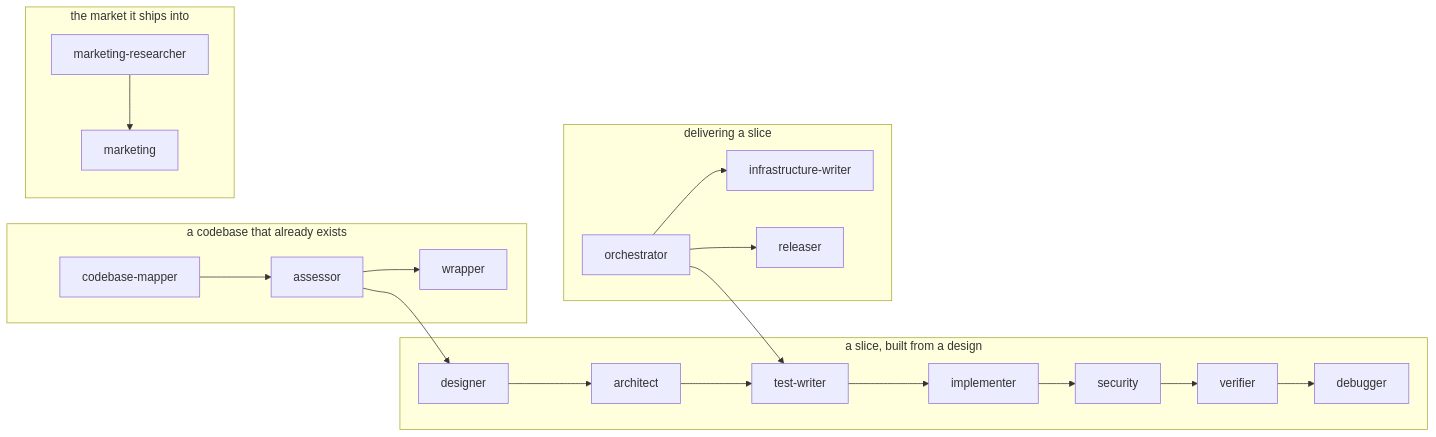
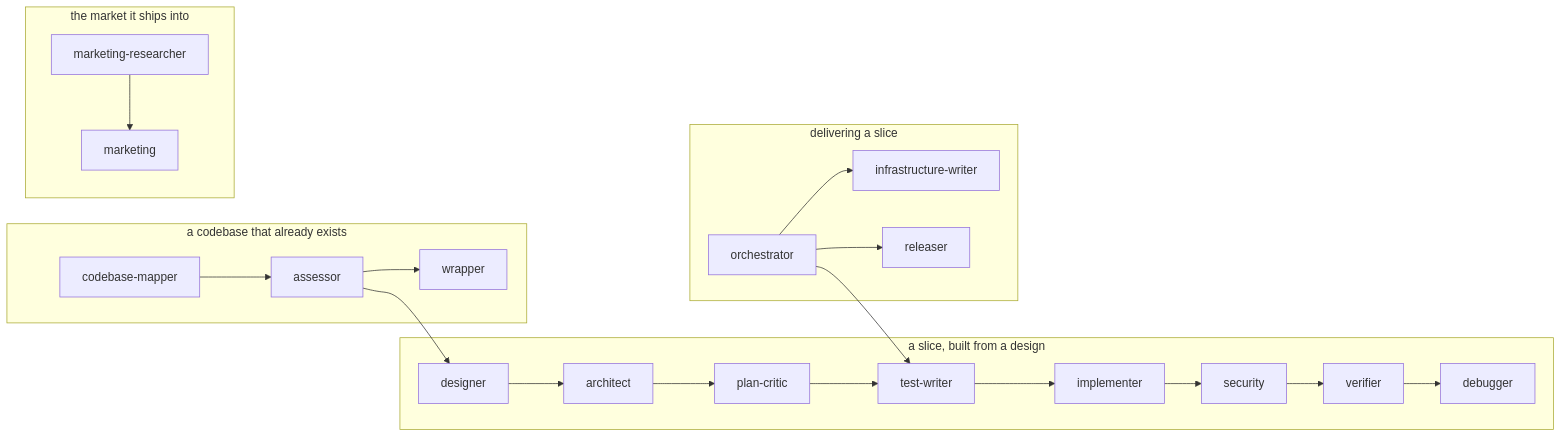
Before and after one commit to atlantic-blue/quay-crew: the third of 3 diagrams in docs/ROLES.md, drawn with Mermaid. The commit also changed other lines of this file and 10 other files, not shown here.

````diff
--- a/docs/ROLES.md
+++ b/docs/ROLES.md
@@ -300,18 +300,18 @@
 ```mermaid
 flowchart LR
     subgraph FRESH["a slice, built from a design"]
-        DESIGNER["designer"] --> ARCHITECT["architect"] --> TESTWRITER["test-writer"] --> IMPLEMENTER["implementer"] --> SECURITY["security"] --> VERIFIER["verifier"] --> DEBUGGER["debugger"]
+        DESIGNER["designer"] --> ARCHITECT["architect"] --> CRITIC["plan-critic"] --> TESTWRITER["test-writer"] --> IMPLEMENTER["implementer"] --> SECURITY["security"] --> VERIFIER["verifier"] --> DEBUGGER["debugger"]
     end
     subgraph EXISTING["a codebase that already exists"]
         MAPPER["codebase-mapper"] --> ASSESSOR["assessor"] --> WRAPPER["wrapper"]
     end
     subgraph MARKET["the market it ships into"]
         RESEARCHER["marketing-researcher"] --> MARKETING["marketing"]
     end
     subgraph DELIVER["delivering a slice"]
         ORCHESTRATOR["orchestrator"] --> INFRA["infrastructure-writer"]
         ORCHESTRATOR --> RELEASER["releaser"]
     end
     ASSESSOR --> DESIGNER
     ORCHESTRATOR --> TESTWRITER
 ```
````
